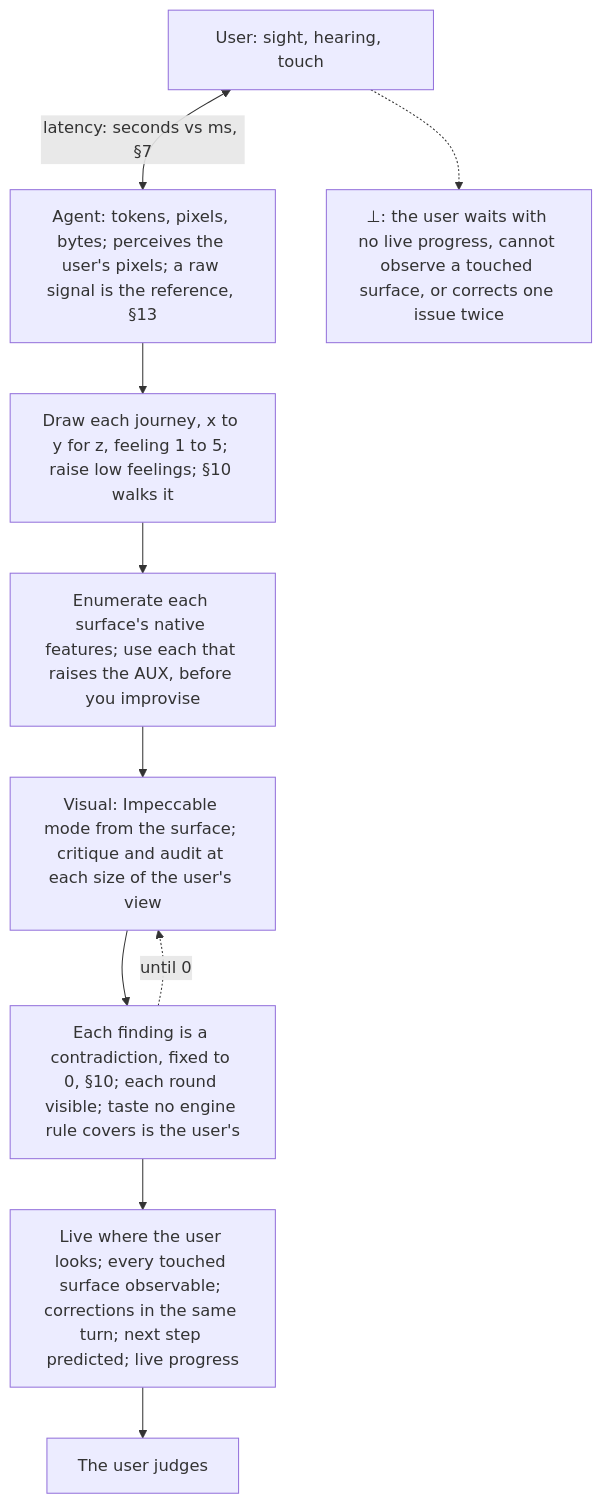
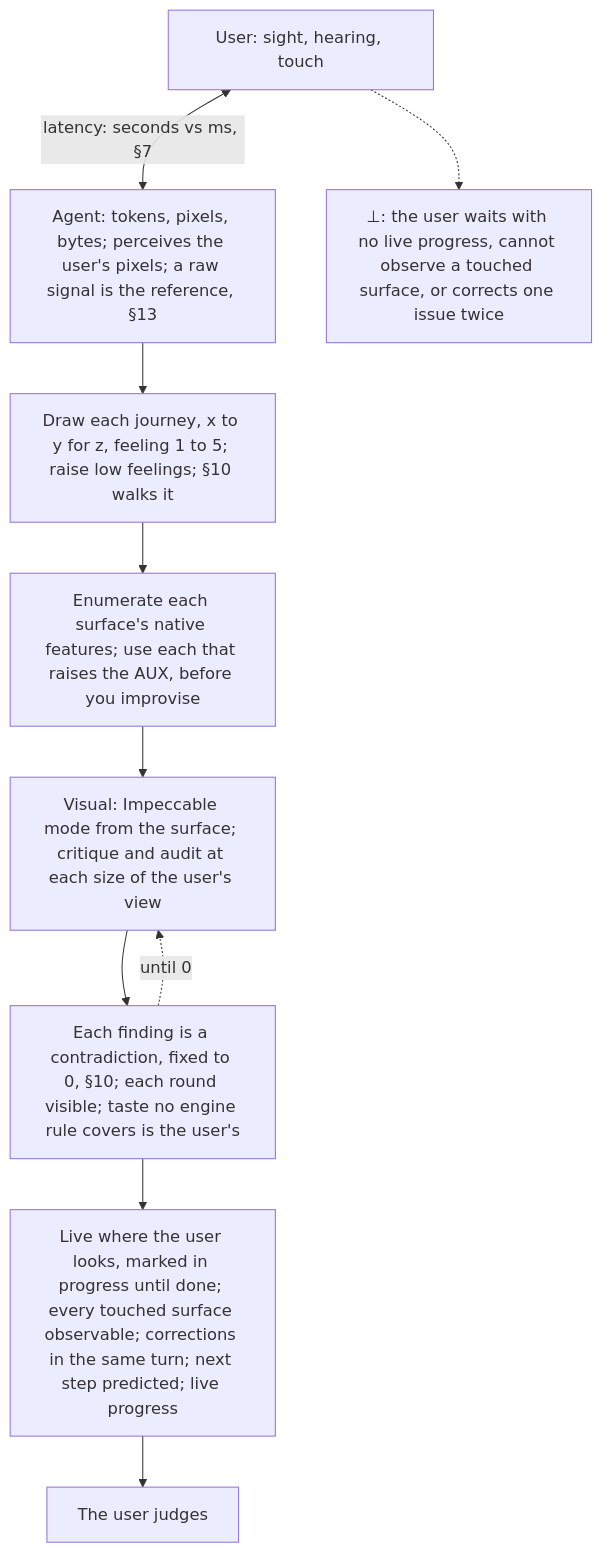
The third of 14 diagrams in AGENTS.md (SolenixAI/arbiter), drawn with Mermaid before and after one commit. The commit also changed other lines of this file and 3 other files, not shown here.

````diff
--- a/AGENTS.md
+++ b/AGENTS.md
@@ -115,12 +115,12 @@
 ```mermaid
 flowchart TD
   US["User: sight, hearing, touch"] <-->|"latency: seconds vs ms, §7"| AG["Agent: tokens, pixels, bytes; perceives the user's pixels; a raw signal is the reference, §13"]
   AG --> M["Draw each journey, x to y for z, feeling 1 to 5; raise low feelings; §10 walks it"]
   M --> B["Enumerate each surface's native features; use each that raises the AUX, before you improvise"]
   B --> P["Visual: Impeccable mode from the surface; critique and audit at each size of the user's view"]
   P --> F["Each finding is a contradiction, fixed to 0, §10; each round visible; taste no engine rule covers is the user's"]
   F -.->|until 0| P
-  F --> T["Live where the user looks; every touched surface observable; corrections in the same turn; next step predicted; live progress"]
+  F --> T["Live where the user looks, marked in progress until done; every touched surface observable; corrections in the same turn; next step predicted; live progress"]
   T --> J["The user judges"]
   US -.-> BOT["⊥: the user waits with no live progress, cannot observe a touched surface, or corrects one issue twice"]
 ```
````
